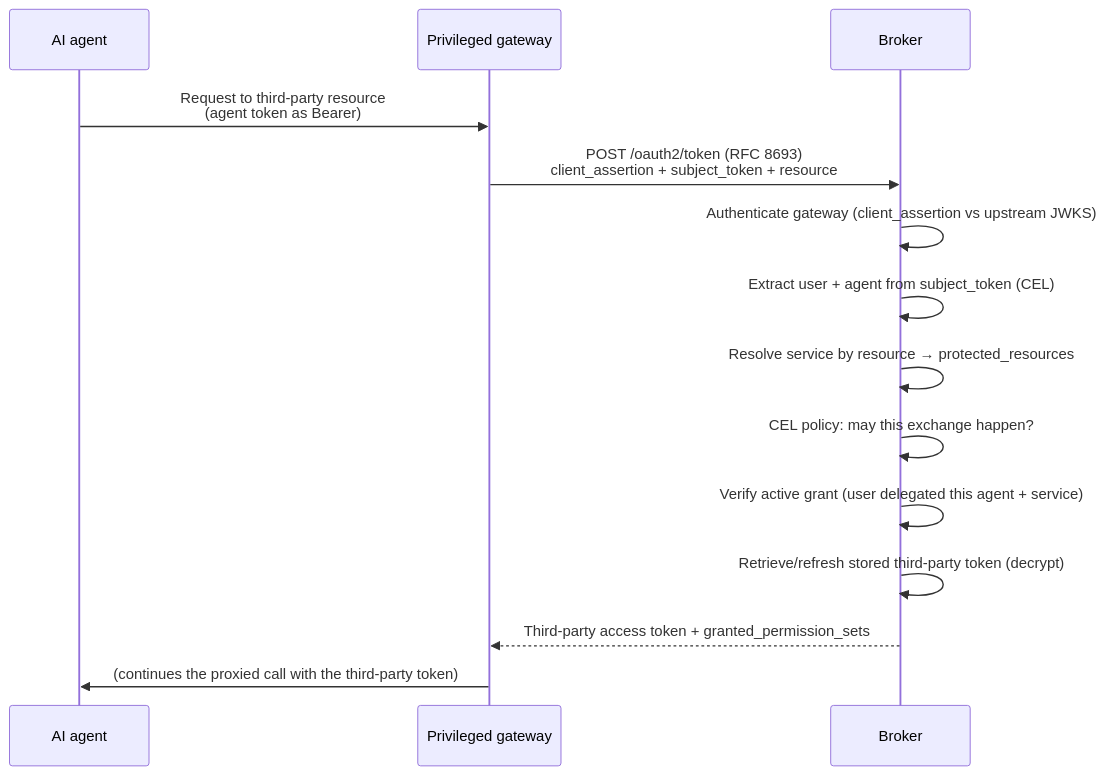
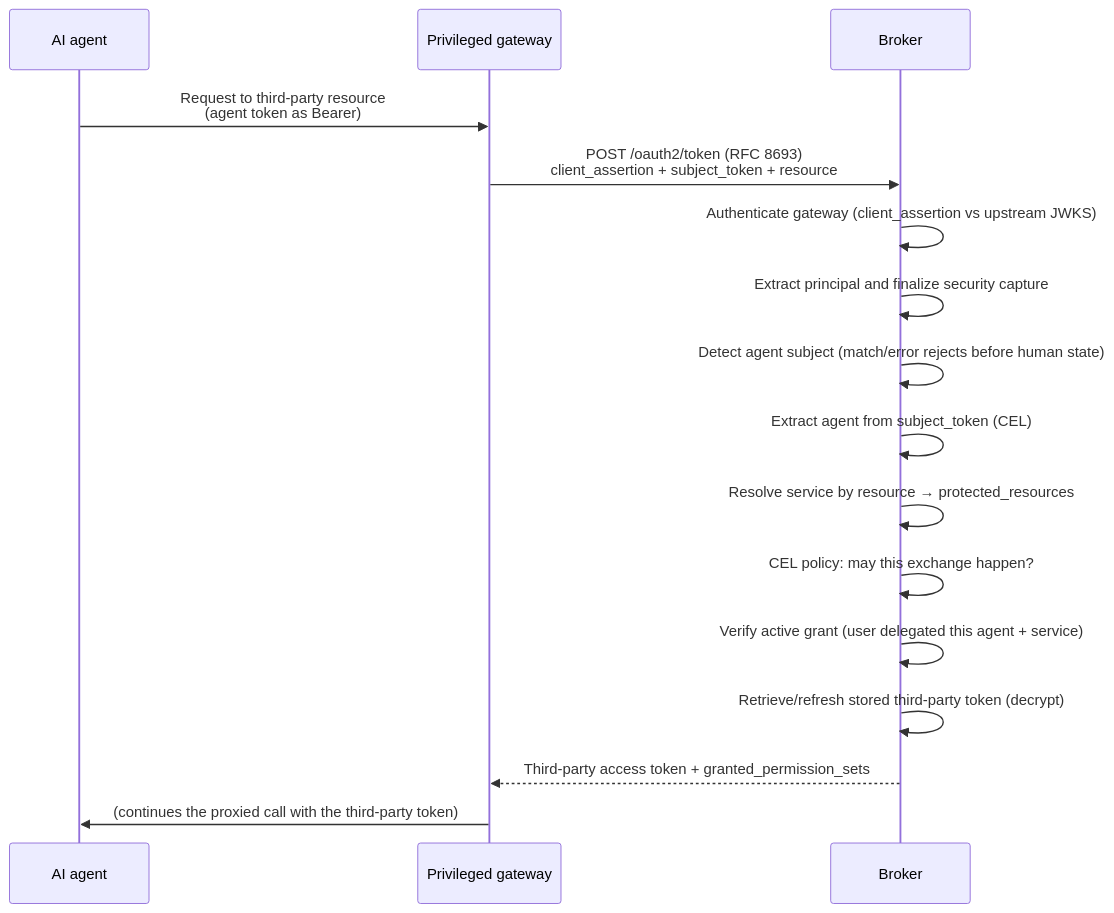
One commit to zalando-incubator/agentic-identity-broker changed the diagram in docs/concepts/token-exchange.md. Above: the diagram before and after it, drawn with Mermaid. The commit also changed other lines of this file and 65 other files, not shown here.

````diff
--- a/docs/concepts/token-exchange.md
+++ b/docs/concepts/token-exchange.md
@@ -58,16 +58,18 @@
 ```mermaid
 sequenceDiagram
     participant A as AI agent
     participant G as Privileged gateway
     participant B as Broker
     A->>G: Request to third-party resource<br/>(agent token as Bearer)
     G->>B: POST /oauth2/token (RFC 8693)<br/>client_assertion + subject_token + resource
     B->>B: Authenticate gateway (client_assertion vs upstream JWKS)
-    B->>B: Extract user + agent from subject_token (CEL)
+    B->>B: Extract principal and finalize security capture
+    B->>B: Detect agent subject (match/error rejects before human state)
+    B->>B: Extract agent from subject_token (CEL)
     B->>B: Resolve service by resource → protected_resources
     B->>B: CEL policy: may this exchange happen?
     B->>B: Verify active grant (user delegated this agent + service)
     B->>B: Retrieve/refresh stored third-party token (decrypt)
     B-->>G: Third-party access token + granted_permission_sets
     G->>A: (continues the proxied call with the third-party token)
 ```
````
